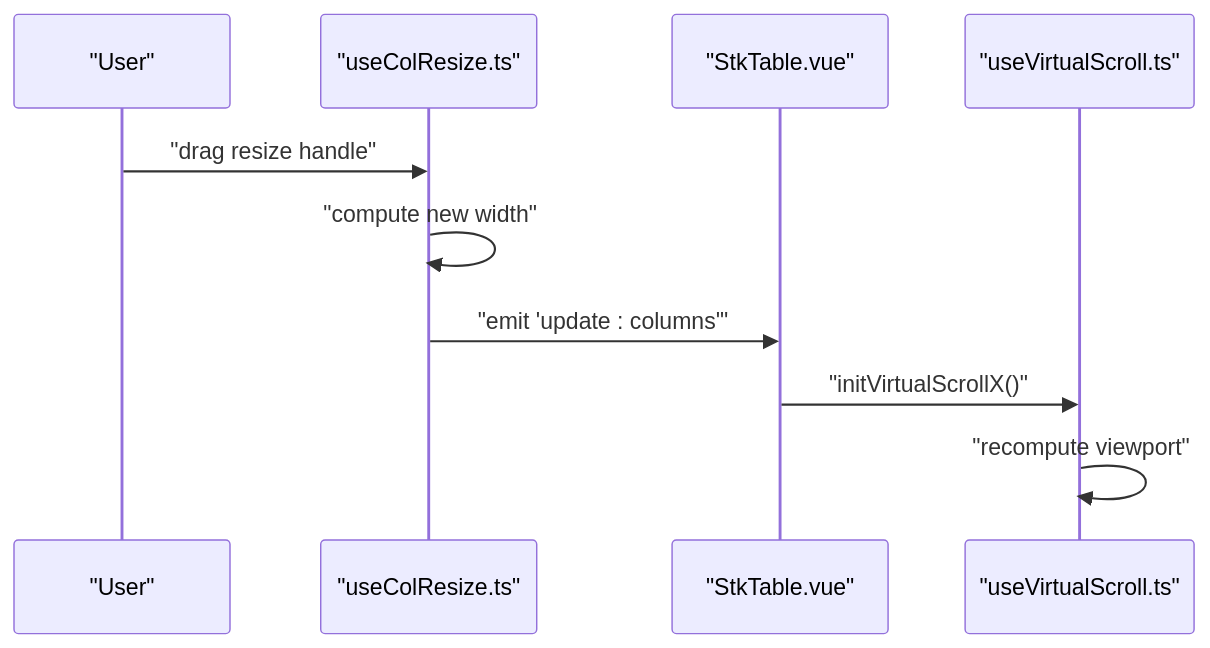
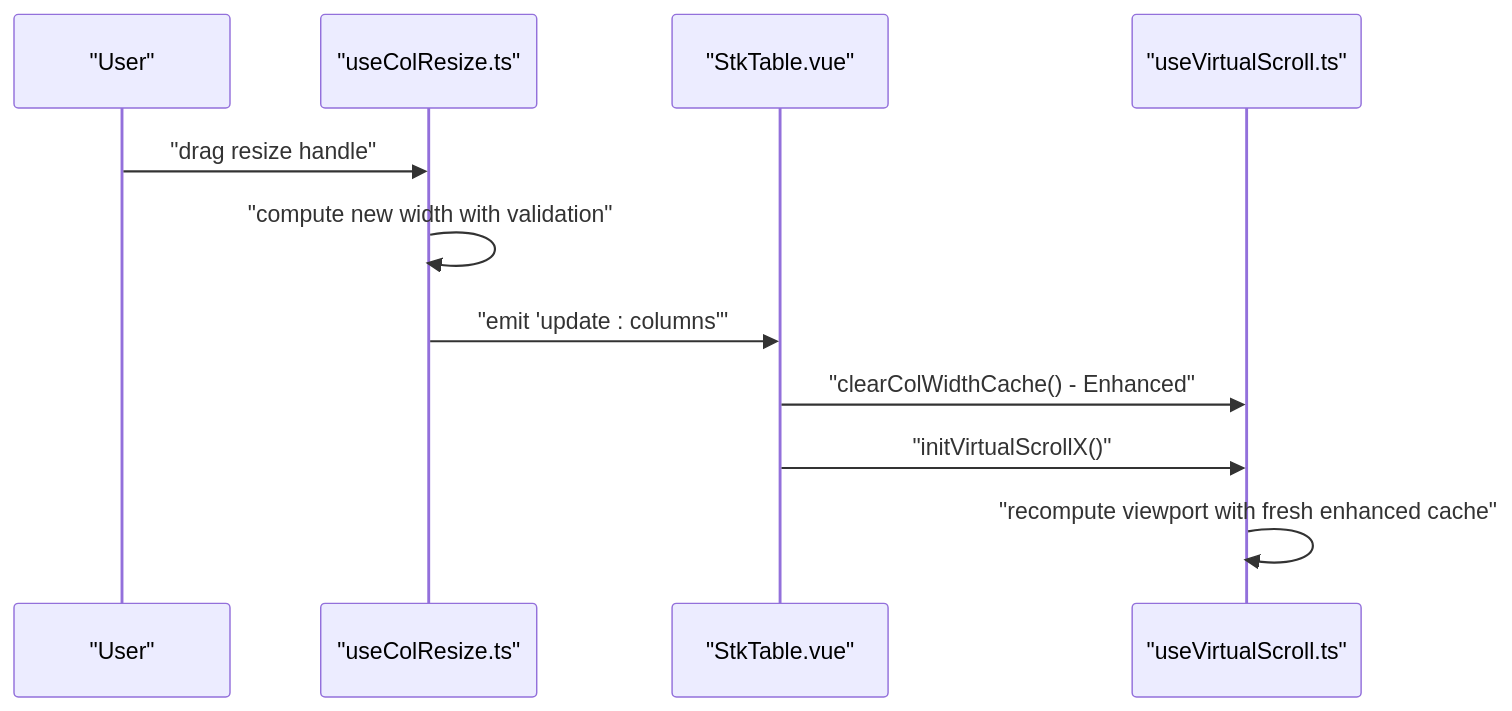
Before and after one commit to ja-plus/stk-table-vue: the tenth of 12 diagrams in .qoder/repowiki/en/content/Advanced Features/Virtual Scrolling/Horizontal Virtual Scrolling.md, drawn with Mermaid. The commit also changed other lines of this file and 7 other files, not shown here.

````diff
--- a/.qoder/repowiki/en/content/Advanced Features/Virtual Scrolling/Horizontal Virtual Scrolling.md
+++ b/.qoder/repowiki/en/content/Advanced Features/Virtual Scrolling/Horizontal Virtual Scrolling.md
@@ -220,12 +380,13 @@
 ```mermaid
 sequenceDiagram
 participant User as "User"
 participant CR as "useColResize.ts"
 participant STK as "StkTable.vue"
 participant VSC as "useVirtualScroll.ts"
 User->>CR : "drag resize handle"
-CR->>CR : "compute new width"
+CR->>CR : "compute new width with validation"
 CR->>STK : "emit 'update : columns'"
+STK->>VSC : "clearColWidthCache() - Enhanced"
 STK->>VSC : "initVirtualScrollX()"
-VSC->>VSC : "recompute viewport"
+VSC->>VSC : "recompute viewport with fresh enhanced cache"
 ```
````
